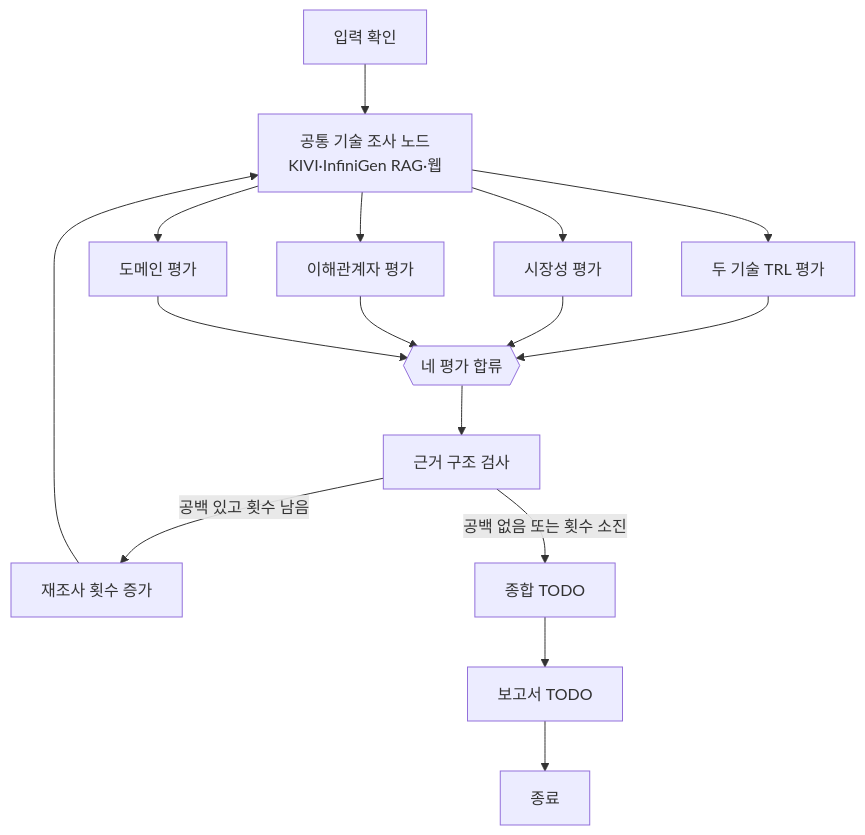
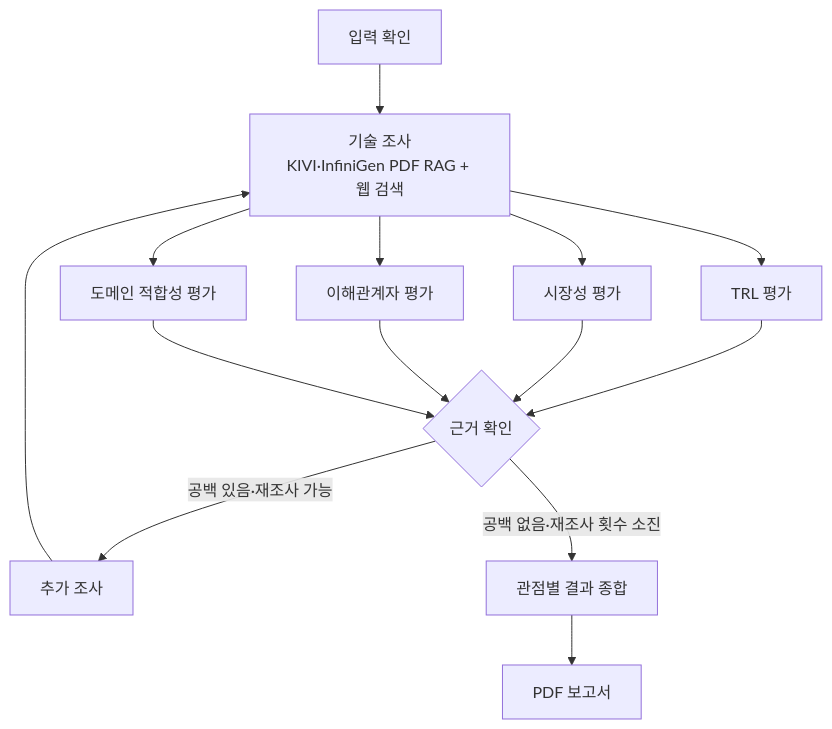
Before and after one commit to bmh7190/SKALA-RAG-KV-cache: the diagram in README.md, drawn with Mermaid. The commit also changed other lines of this file, not shown here.

````diff
--- a/README.md
+++ b/README.md
@@ -76,18 +52,13 @@
 ```mermaid
 flowchart TD
-    I[입력 확인] --> R[공통 기술 조사 노드<br/>KIVI·InfiniGen RAG·웹]
-    R --> T[두 기술 TRL 평가]
-    R --> M[시장성 평가]
-    R --> S[이해관계자 평가]
-    R --> D[도메인 평가]
-    T --> G{{네 평가 합류}}
-    M --> G
-    S --> G
-    D --> G
-    G --> C[근거 구조 검사]
-    C -->|공백 있고 횟수 남음| N[재조사 횟수 증가]
-    N --> R
-    C -->|공백 없음 또는 횟수 소진| Y[종합 TODO]
-    Y --> P[보고서 TODO]
-    P --> E[종료]
+    A[입력 확인] --> B[기술 조사<br/>KIVI·InfiniGen PDF RAG + 웹 검색]
+    B --> C[TRL 평가]
+    B --> D[시장성 평가]
+    B --> E[이해관계자 평가]
+    B --> F[도메인 적합성 평가]
+    C & D & E & F --> G{근거 확인}
+    G -->|공백 있음·재조사 가능| H[추가 조사]
+    H --> B
+    G -->|공백 없음·재조사 횟수 소진| I[관점별 결과 종합]
+    I --> J[PDF 보고서]
 ```
````
